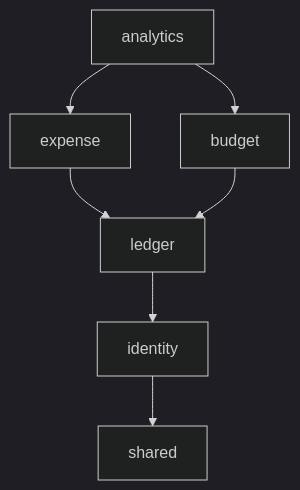
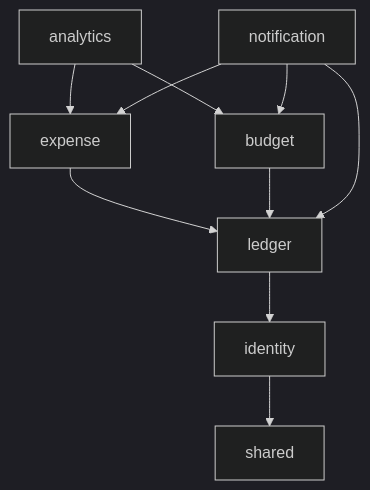
The second of 3 diagrams in docs/architecture.md (powerfulHimchan/MealBudgetDiet), drawn with Mermaid (dark theme) before and after one commit. The commit also changed other lines of this file, not shown here.

````diff
--- a/docs/architecture.md
+++ b/docs/architecture.md
@@ -86,9 +89,12 @@
 ```mermaid
 flowchart TD
     I["identity"] --> S["shared"]
     L["ledger"] --> I
     E["expense"] --> L
     B["budget"] --> L
     A["analytics"] --> E
     A --> B
+    N["notification"] --> E
+    N --> B
+    N --> L
 ```
````
